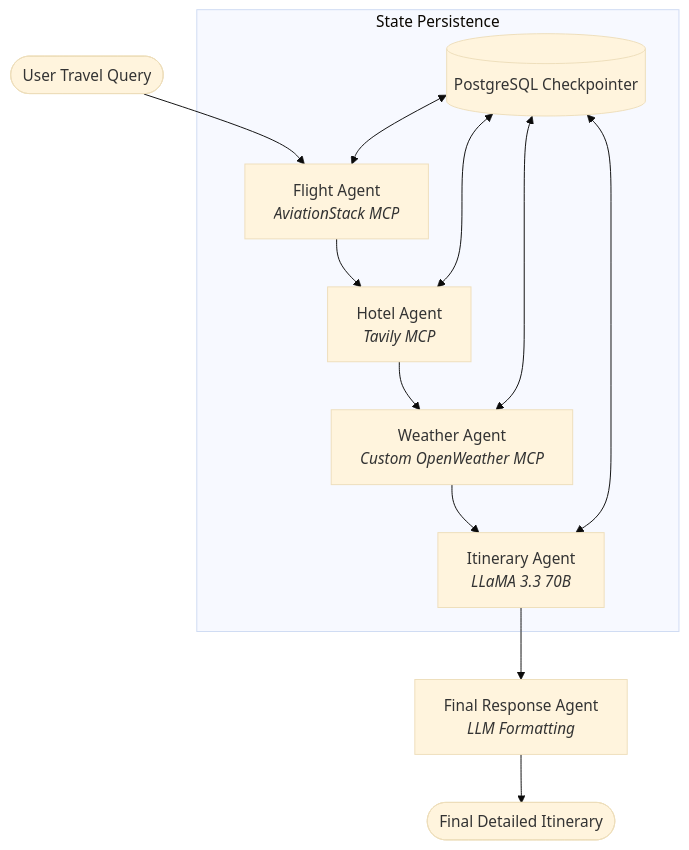
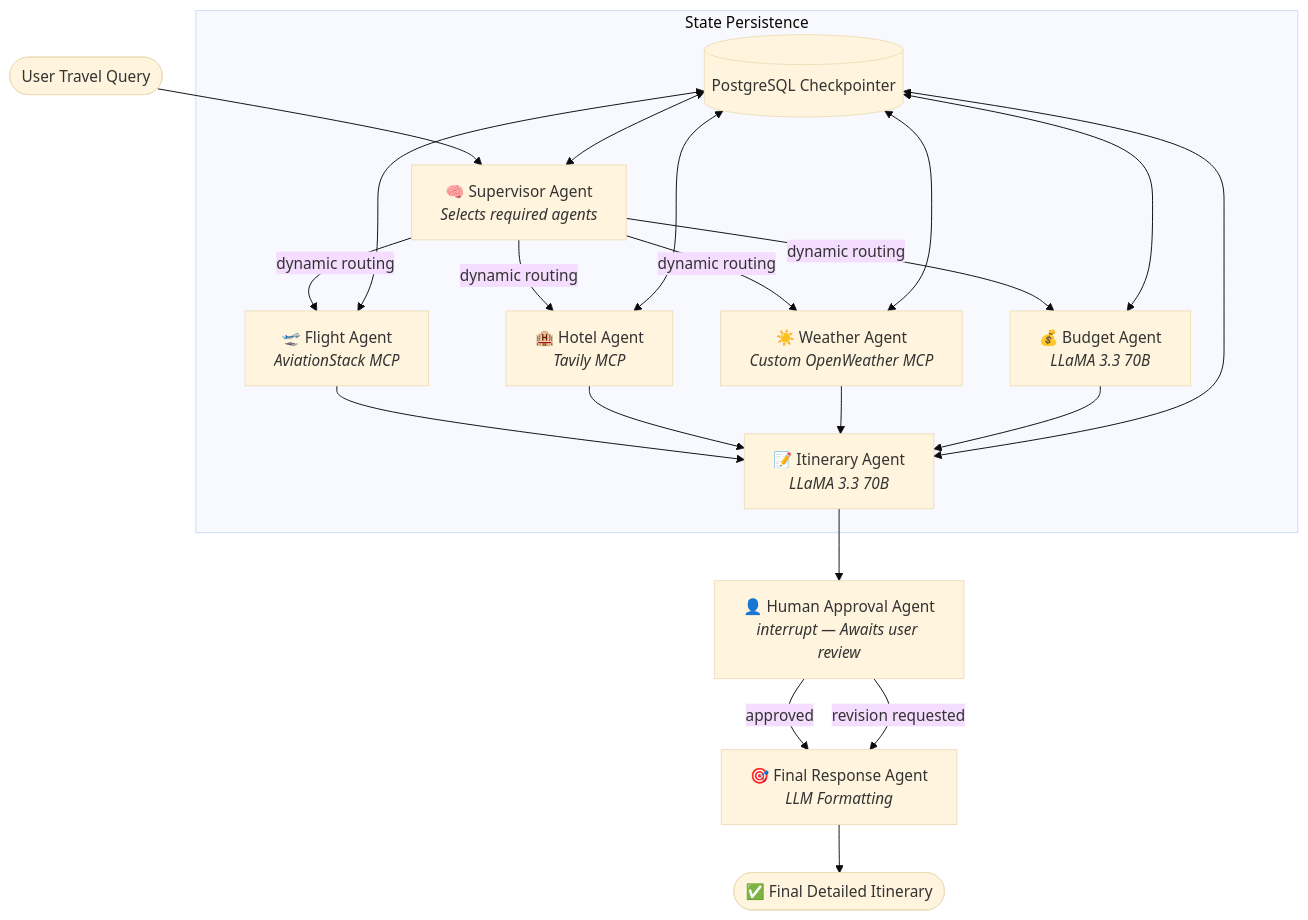
Before and after one commit to Mahesh0426/AI_Trip_Planner_With_MCP: the diagram in README.md, drawn with Mermaid (base theme). The commit also changed other lines of this file, not shown here.

Commit message:
docs: update README with supervisor agent, human-in-the-loop workflow, and installation instructions

````diff
--- a/README.md
+++ b/README.md
@@ -34,16 +47,28 @@
 ```mermaid
 graph TD
-    Start([User Travel Query]) --> FlightAgent[Flight Agent<br/><i>AviationStack MCP</i>]
-    FlightAgent --> HotelAgent[Hotel Agent<br/><i>Tavily MCP</i>]
-    HotelAgent --> WeatherAgent[Weather Agent<br/><i>Custom OpenWeather MCP</i>]
-    WeatherAgent --> ItineraryAgent[Itinerary Agent<br/><i>LLaMA 3.3 70B</i>]
-    ItineraryAgent --> FinalAgent[Final Response Agent<br/><i>LLM Formatting</i>]
-    FinalAgent --> End([Final Detailed Itinerary])
+    Start([User Travel Query]) --> Supervisor[🧠 Supervisor Agent<br/><i>Selects required agents</i>]
+
+    Supervisor -->|dynamic routing| FlightAgent[🛫 Flight Agent<br/><i>AviationStack MCP</i>]
+    Supervisor -->|dynamic routing| HotelAgent[🏨 Hotel Agent<br/><i>Tavily MCP</i>]
+    Supervisor -->|dynamic routing| WeatherAgent[☀️ Weather Agent<br/><i>Custom OpenWeather MCP</i>]
+    Supervisor -->|dynamic routing| BudgetAgent[💰 Budget Agent<br/><i>LLaMA 3.3 70B</i>]
+
+    FlightAgent --> ItineraryAgent[📝 Itinerary Agent<br/><i>LLaMA 3.3 70B</i>]
+    HotelAgent --> ItineraryAgent
+    WeatherAgent --> ItineraryAgent
+    BudgetAgent --> ItineraryAgent
+
+    ItineraryAgent --> HumanApproval[👤 Human Approval Agent<br/><i>interrupt — Awaits user review</i>]
+    HumanApproval -->|approved| FinalAgent[🎯 Final Response Agent<br/><i>LLM Formatting</i>]
+    HumanApproval -->|revision requested| FinalAgent
+    FinalAgent --> End([✅ Final Detailed Itinerary])
 
     subgraph State Persistence
-        Postgres[(PostgreSQL Checkpointer)] <--> FlightAgent
+        Postgres[(PostgreSQL Checkpointer)] <--> Supervisor
+        Postgres <--> FlightAgent
         Postgres <--> HotelAgent
         Postgres <--> WeatherAgent
+        Postgres <--> BudgetAgent
         Postgres <--> ItineraryAgent
     end
 ```
````
